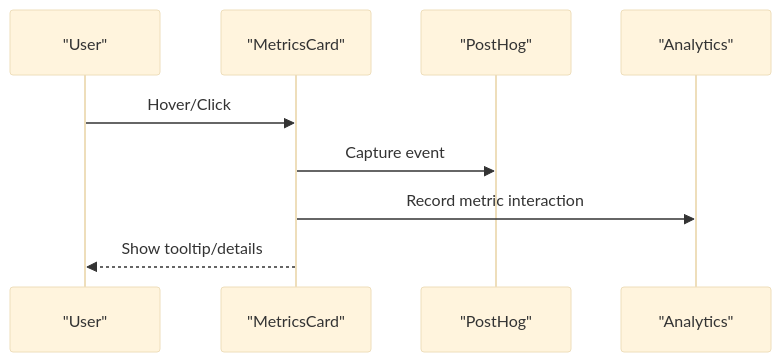
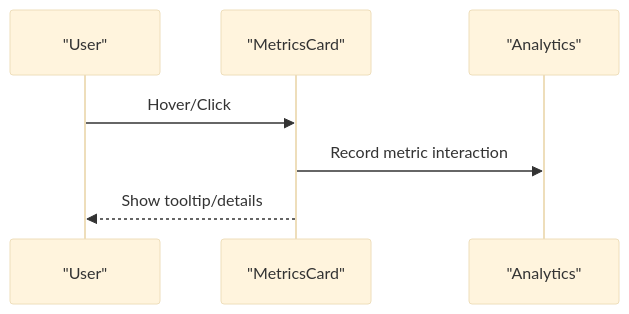
One commit to rohitkumarnaidu/ScholarFormAI changed the eighth of 15 diagrams in .docs/content/Frontend Development/Component Architecture/Utility Components.md. Above: the diagram before and after it, drawn with Mermaid (base theme). The commit also changed other lines of this file and 9 other files, not shown here.

````diff
--- a/.docs/content/Frontend Development/Component Architecture/Utility Components.md
+++ b/.docs/content/Frontend Development/Component Architecture/Utility Components.md
@@ -392,11 +390,9 @@
 ```mermaid
 sequenceDiagram
 participant User as "User"
 participant Card as "MetricsCard"
-participant Util as "PostHog"
 participant Analytics as "Analytics"
 User->>Card : Hover/Click
-Card->>Util : Capture event
 Card->>Analytics : Record metric interaction
 Card-->>User : Show tooltip/details
 ```
````
